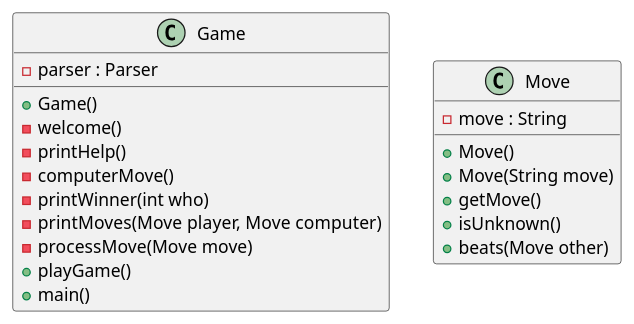
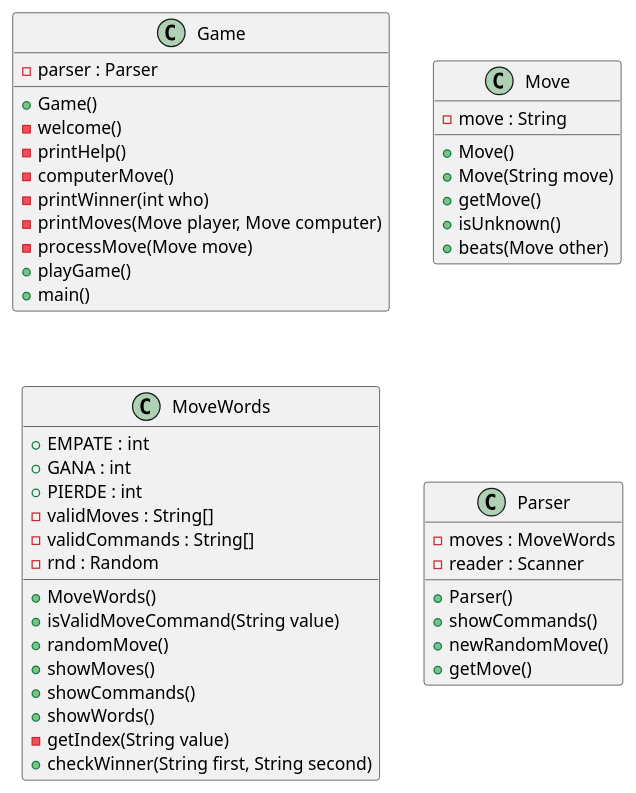
The diagram in PiedraPapelTijera/src/Game.puml (Alex-Morcillo/ppt), drawn with PlantUML before and after one commit.

Commit message:
Classes ('MoveWords' and 'Parser') added

```diff
--- a/PiedraPapelTijera/src/Game.puml
+++ b/PiedraPapelTijera/src/Game.puml
@@ -1,26 +1,52 @@
 @startuml
 'https://plantuml.com/class-diagram
 
 class Game {
 -parser : Parser
 +Game()
 -welcome()
 -printHelp()
 -computerMove()
 -printWinner(int who)
 -printMoves(Move player, Move computer)
 -processMove(Move move)
 +playGame()
 +main()
 }
 
 class Move {
 -move : String
 +Move()
 +Move(String move)
 +getMove()
 +isUnknown()
 +beats(Move other)
 }
 
+class MoveWords {
++EMPATE : int
++GANA : int
++PIERDE : int
+-validMoves : String[]
+-validCommands : String[]
+-rnd : Random
++MoveWords()
++isValidMoveCommand(String value)
++randomMove()
++showMoves()
++showCommands()
++showWords()
+-getIndex(String value)
++checkWinner(String first, String second)
+}
+
+class Parser {
+-moves : MoveWords
+-reader : Scanner
++Parser()
++showCommands()
++newRandomMove()
++getMove()
+}
+
 @enduml
```
